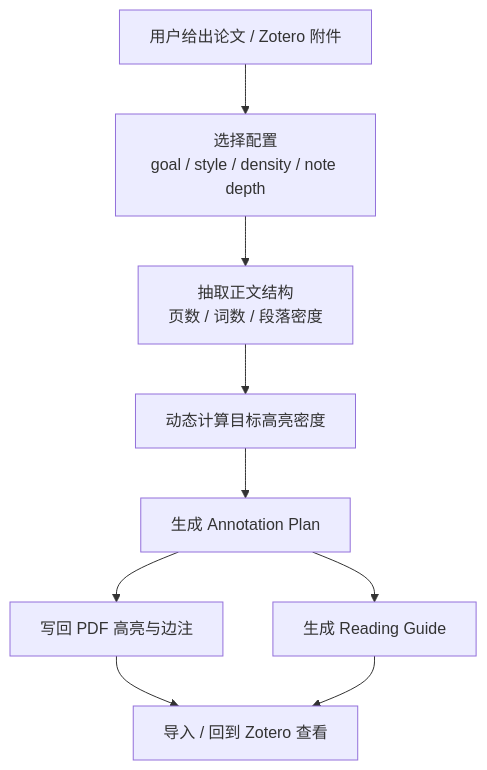
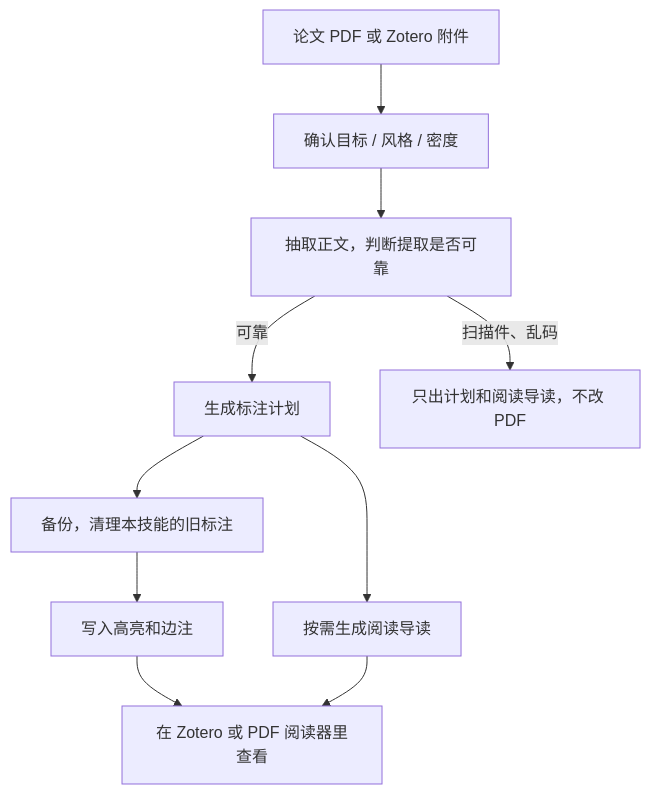
The diagram in README.md (RZX00/zotero-paper-coach), drawn with Mermaid before and after one commit. The commit also changed other lines of this file and 18 other files, not shown here.

````diff
--- a/README.md
+++ b/README.md
@@ -39,11 +89,12 @@
 ```mermaid
 flowchart TD
-    A[用户给出论文 / Zotero 附件] --> B[选择配置<br/>goal / style / density / note depth]
-    B --> C[抽取正文结构<br/>页数 / 词数 / 段落密度]
-    C --> D[动态计算目标高亮密度]
-    D --> E[生成 Annotation Plan]
-    E --> F[生成 Reading Guide]
-    E --> G[写回 PDF 高亮与边注]
-    G --> H[导入 / 回到 Zotero 查看]
-    F --> H
+    A[论文 PDF 或 Zotero 附件] --> B[确认目标 / 风格 / 密度]
+    B --> C[抽取正文，判断提取是否可靠]
+    C -->|可靠| D[生成标注计划]
+    C -->|扫描件、乱码| E[只出计划和阅读导读，不改 PDF]
+    D --> F[备份，清理本技能的旧标注]
+    F --> G[写入高亮和边注]
+    D --> H[按需生成阅读导读]
+    G --> I[在 Zotero 或 PDF 阅读器里查看]
+    H --> I
 ```
````
